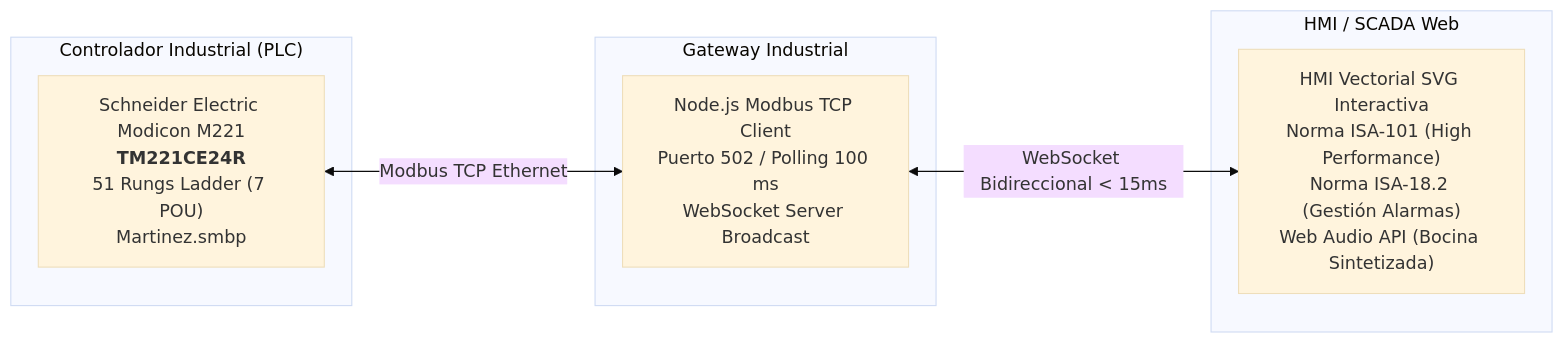
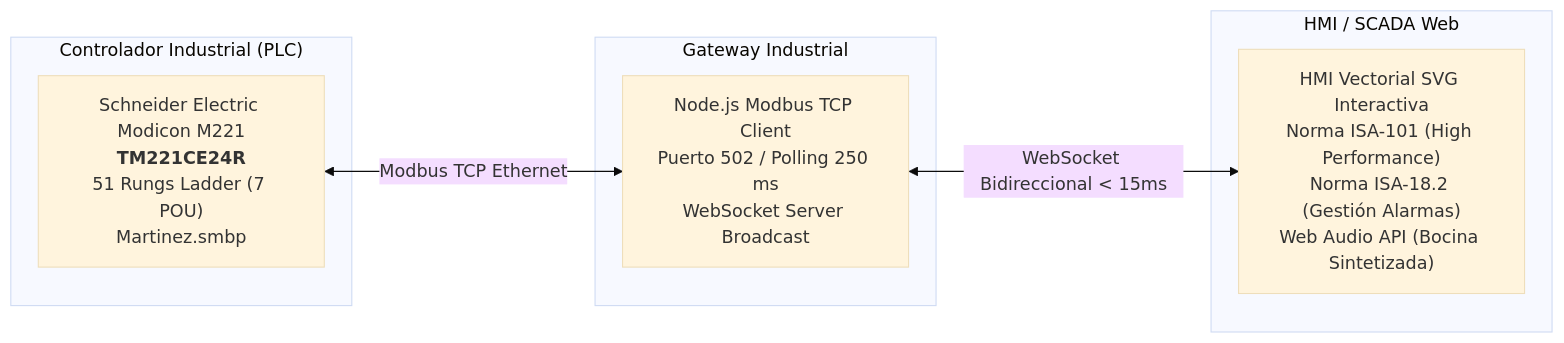
One commit to arielviale/TP_Automatizacion_Industrial_PLC_SCADA changed the second of 2 diagrams in README.md. Above: the diagram before and after it, drawn with Mermaid (base theme). The commit also changed other lines of this file and 14 other files, not shown here.

````diff
--- a/README.md
+++ b/README.md
@@ -55,17 +55,17 @@
 ```mermaid
 flowchart LR
     subgraph Capa_Campo_y_Control["Controlador Industrial (PLC)"]
         PLC["Schneider Electric Modicon M221<br><b>TM221CE24R</b><br>51 Rungs Ladder (7 POU)<br>Martinez.smbp"]
     end
 
     subgraph Capa_Comunicaciones["Gateway Industrial"]
-        GW["Node.js Modbus TCP Client<br>Puerto 502 / Polling 100 ms<br>WebSocket Server Broadcast"]
+        GW["Node.js Modbus TCP Client<br>Puerto 502 / Polling 250 ms<br>WebSocket Server Broadcast"]
     end
 
     subgraph Capa_Supervisión["HMI / SCADA Web"]
         SCADA["HMI Vectorial SVG Interactiva<br>Norma ISA-101 (High Performance)<br>Norma ISA-18.2 (Gestión Alarmas)<br>Web Audio API (Bocina Sintetizada)"]
     end
 
     PLC <-->|Modbus TCP Ethernet| GW
     GW <-->|WebSocket Bidireccional < 15ms| SCADA
 ```
````
